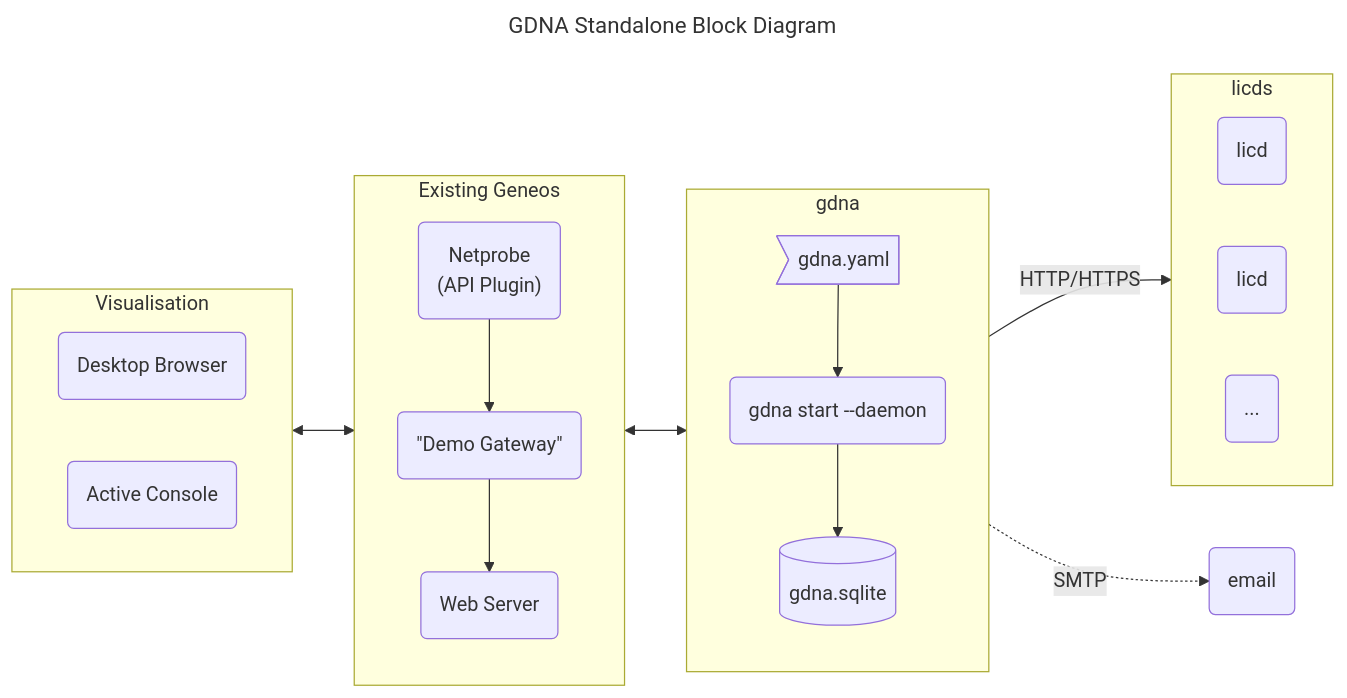
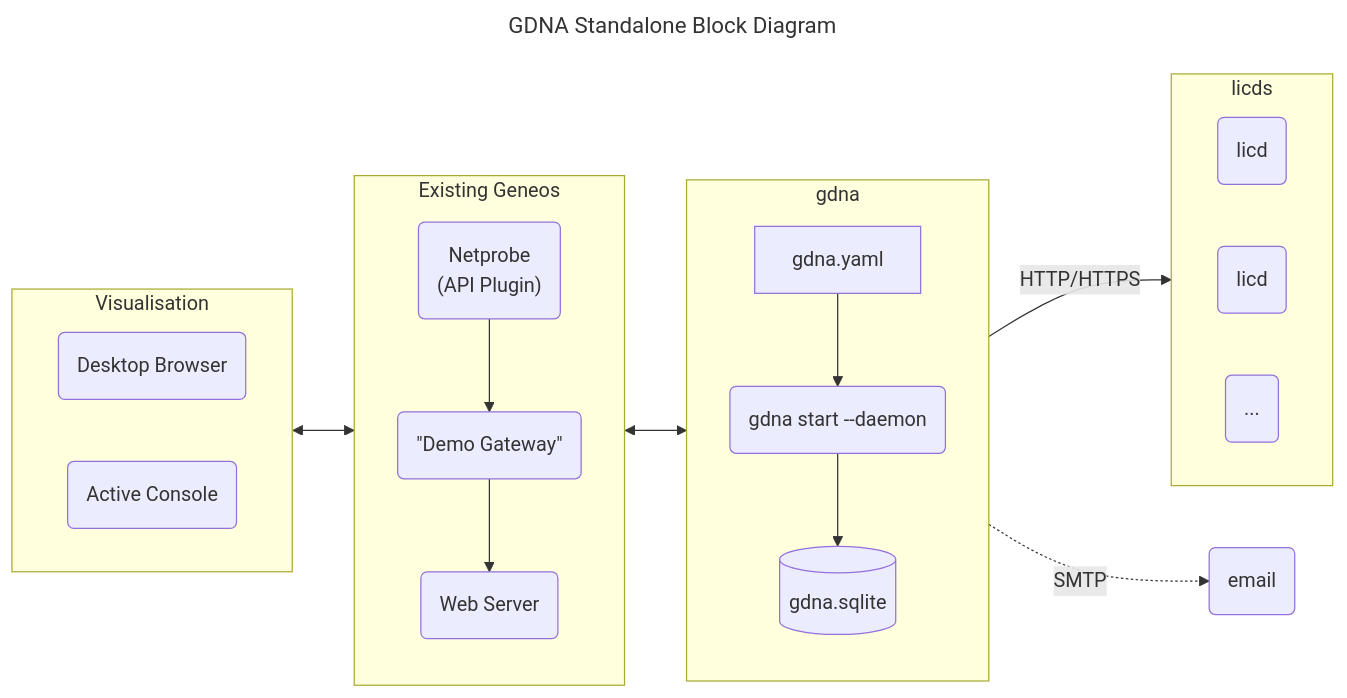
One commit to ITRS-Group/cordial changed the second of 2 diagrams in gdna/README.md. Above: the diagram before and after it, drawn with Mermaid. The commit also changed other lines of this file and 5 other files, not shown here.

````diff
--- a/gdna/README.md
+++ b/gdna/README.md
@@ -392,50 +402,50 @@
 ```mermaid
 ---
 title: GDNA Standalone Block Diagram
 ---
 
 flowchart LR
   subgraph licd[licds]
     direction LR
     licd1(licd)
     licd2(licd)
     licd3(...)
   end
 
   subgraph gdna
     direction TB
     gdnad(gdna start --daemon)
     sqlite[("gdna.sqlite")]
-    config>"gdna.yaml"]
+    config["gdna.yaml"]
     gdnad --> sqlite
     config --> gdnad
   end
 
   subgraph geneos [Existing Geneos]
     direction TB
     webdashboard(Web Server)
     gateway("#quot;Demo Gateway#quot;")
-    netprobe("Netprobe\n(API Plugin)")
+    netprobe("Netprobe<br>(API Plugin)")
 
     netprobe --> gateway --> webdashboard
   end
   
   subgraph visualisation [Visualisation]
     direction LR
     browser(Desktop Browser)
     activeconsole(Active Console)
   end
 
   classDef subgraphs fill:#bbb,stroke:#333,stroke-width:4px
   class licd,gdna,visualisation,geneos subgraphs;
 
   email("email")
 
 
 
 visualisation <--> geneos
 
 gdna -- "HTTP/HTTPS" --> licd
 gdna -. "SMTP" -.-> email
 geneos <--> gdna
 ```
````
